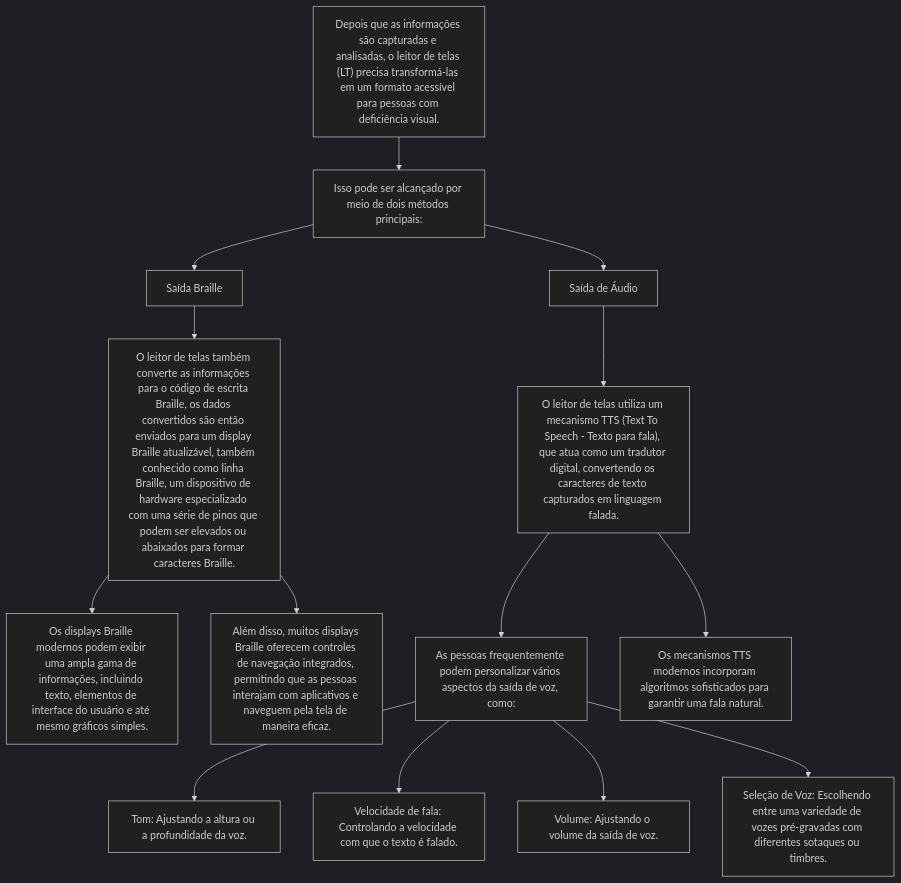
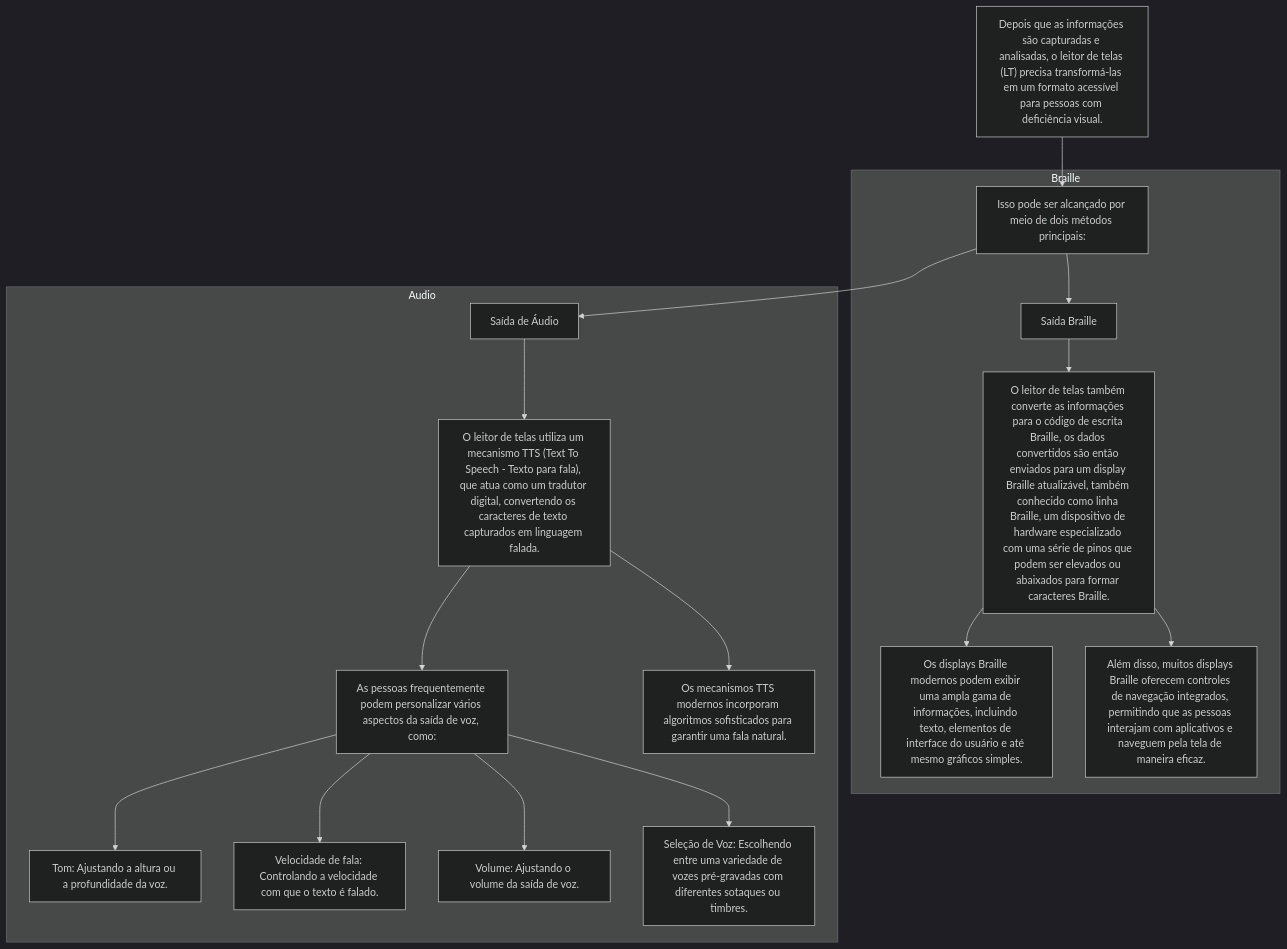
Before and after one commit to Loui77BA/funcionamento-software-leitor-de-telas: the third of 3 diagrams in README.md, drawn with Mermaid (dark theme). The commit also changed other lines of this file, not shown here.

Commit message:
Escrevendo o começo do README.md

````diff
--- a/README.md
+++ b/README.md
@@ -41,24 +41,24 @@
 ```mermaid
 graph TD;
     A["Depois que as informações são capturadas e analisadas, o leitor de telas (LT) precisa transformá-las em um formato acessível para pessoas com deficiência visual."]
 
     A --> B["Isso pode ser alcançado por meio de dois métodos principais:"]
 
-    B --> C["Saída Braille"]
-    B --> D["Saída de Áudio"]
+    subgraph Braille
+        B --> C["Saída Braille"]
+        C --> E["O leitor de telas também converte as informações para o código de escrita Braille, os dados convertidos são então enviados para um display Braille atualizável, também conhecido como linha Braille, um dispositivo de hardware especializado com uma série de pinos que podem ser elevados ou abaixados para formar caracteres Braille."]
+        E --> F["Os displays Braille modernos podem exibir uma ampla gama de informações, incluindo texto, elementos de interface do usuário e até mesmo gráficos simples."]
+        E --> G["Além disso, muitos displays Braille oferecem controles de navegação integrados, permitindo que as pessoas interajam com aplicativos e naveguem pela tela de maneira eficaz."]
+    end
 
-    C --> E["O leitor de telas também converte as informações para o código de escrita Braille, os dados convertidos são então enviados para um display Braille atualizável, também conhecido como linha Braille, um dispositivo de hardware especializado com uma série de pinos que podem ser elevados ou abaixados para formar caracteres Braille."]
-
-    E --> F["Os displays Braille modernos podem exibir uma ampla gama de informações, incluindo texto, elementos de interface do usuário e até mesmo gráficos simples."]
-    E --> G["Além disso, muitos displays Braille oferecem controles de navegação integrados, permitindo que as pessoas interajam com aplicativos e naveguem pela tela de maneira eficaz."]
-
-    D --> H["O leitor de telas utiliza um mecanismo TTS (Text To Speech - Texto para fala), que atua como um tradutor digital, convertendo os caracteres de texto capturados em linguagem falada."]
-
-    H --> I["As pessoas frequentemente podem personalizar vários aspectos da saída de voz, como:"]
-    H --> J["Os mecanismos TTS modernos incorporam algoritmos sofisticados para garantir uma fala natural."]
-
-    I --> K["Tom: Ajustando a altura ou a profundidade da voz."]
-    I --> L["Velocidade de fala: Controlando a velocidade com que o texto é falado."]
-    I --> M["Volume: Ajustando o volume da saída de voz."]
-    I --> N["Seleção de Voz: Escolhendo entre uma variedade de vozes pré-gravadas com diferentes sotaques ou timbres."]
+    subgraph Audio
+        B --> D["Saída de Áudio"]
+        D --> H["O leitor de telas utiliza um mecanismo TTS (Text To Speech - Texto para fala), que atua como um tradutor digital, convertendo os caracteres de texto capturados em linguagem falada."]
+        H --> I["As pessoas frequentemente podem personalizar vários aspectos da saída de voz, como:"]
+        H --> J["Os mecanismos TTS modernos incorporam algoritmos sofisticados para garantir uma fala natural."]
+        I --> K["Tom: Ajustando a altura ou a profundidade da voz."]
+        I --> L["Velocidade de fala: Controlando a velocidade com que o texto é falado."]
+        I --> M["Volume: Ajustando o volume da saída de voz."]
+        I --> N["Seleção de Voz: Escolhendo entre uma variedade de vozes pré-gravadas com diferentes sotaques ou timbres."]
+    end
 ```
````
